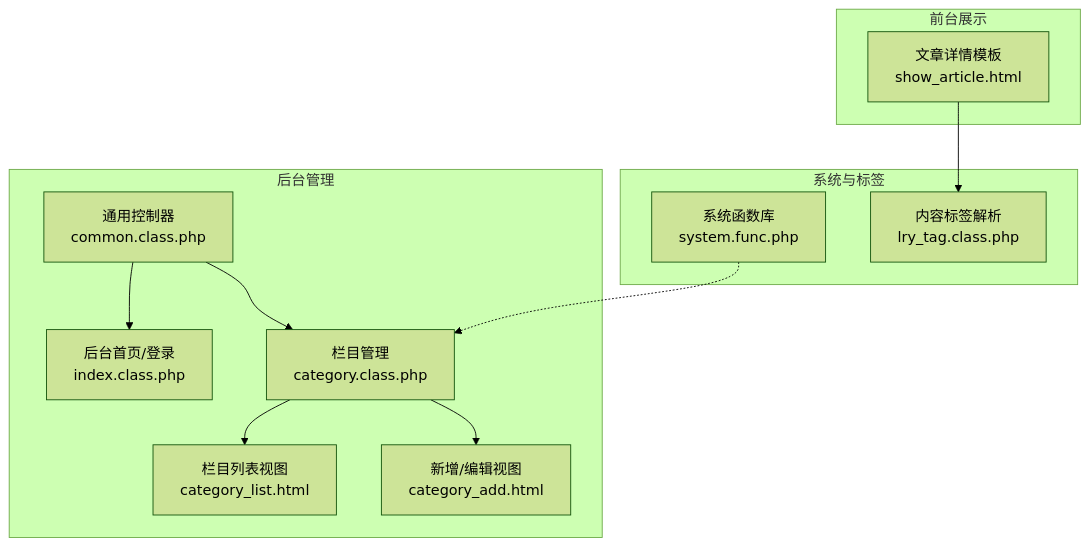
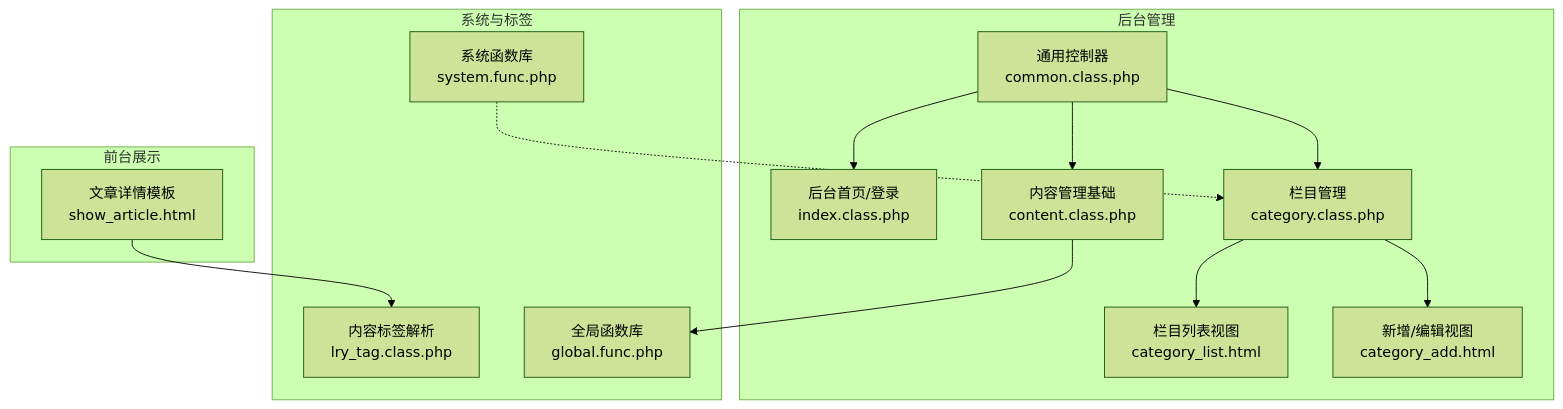
Before and after one commit to lirongyaoper/lryblog.com: the second of 11 diagrams in .qoder/repowiki/zh/content/后台管理模块/文章管理/文章管理.md, drawn with Mermaid (forest theme). The commit also changed other lines of this file and 4 other files, not shown here.

````diff
--- a/.qoder/repowiki/zh/content/后台管理模块/文章管理/文章管理.md
+++ b/.qoder/repowiki/zh/content/后台管理模块/文章管理/文章管理.md
@@ -78,23 +97,27 @@
 ```mermaid
 graph TB
 subgraph "后台管理"
 UC["通用控制器<br/>common.class.php"]
 IC["后台首页/登录<br/>index.class.php"]
 CC["栏目管理<br/>category.class.php"]
+CON["内容管理基础<br/>content.class.php"]
 CL["栏目列表视图<br/>category_list.html"]
 CA["新增/编辑视图<br/>category_add.html"]
 end
 subgraph "前台展示"
 SA["文章详情模板<br/>show_article.html"]
 end
 subgraph "系统与标签"
 SF["系统函数库<br/>system.func.php"]
 LT["内容标签解析<br/>lry_tag.class.php"]
+GF["全局函数库<br/>global.func.php"]
 end
 UC --> IC
 UC --> CC
+UC --> CON
 CC --> CL
 CC --> CA
 SA --> LT
 SF -.-> CC
+CON --> GF
 ```
````
